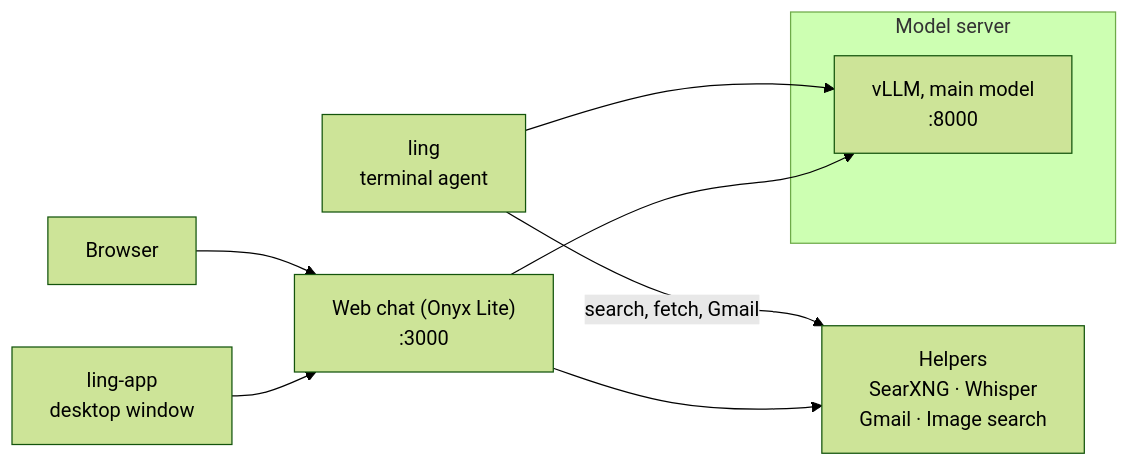
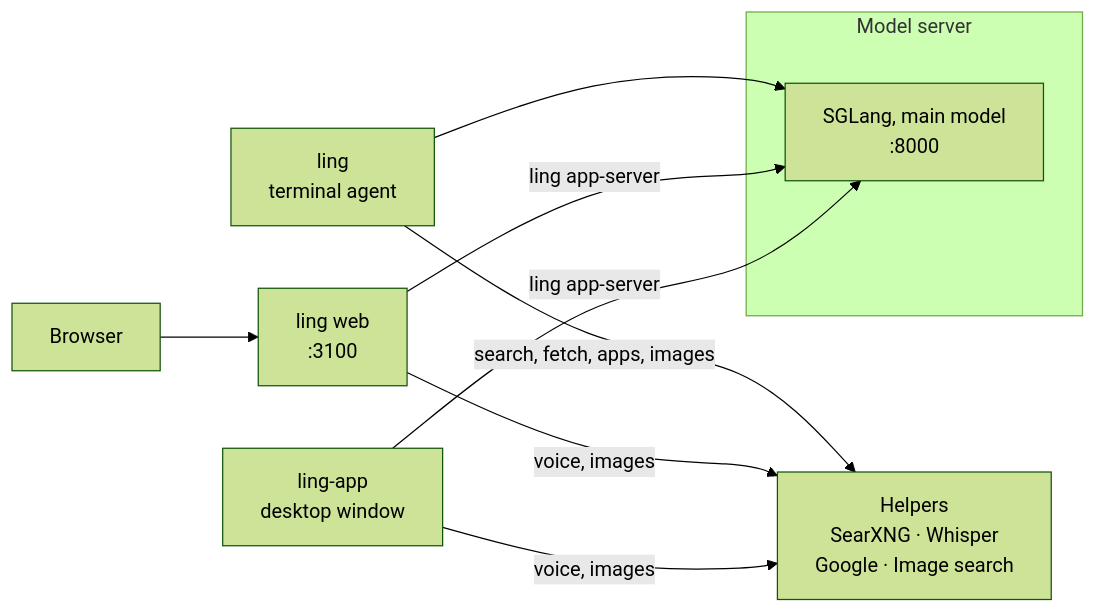
One commit to dreamference/mightling changed the first of 2 diagrams in docs/architecture.md. Above: the diagram before and after it, drawn with Mermaid (forest theme). The commit also changed other lines of this file and 27 other files, not shown here.

First line of the commit message:
Docs and specs: Onyx retired, image search and voice in ling web and the app

````diff
--- a/docs/architecture.md
+++ b/docs/architecture.md
@@ -9,17 +9,18 @@
 ```mermaid
 flowchart LR
     T["ling<br/>terminal agent"]
     B["Browser"]
     D["ling-app<br/>desktop window"]
-    O["Web chat (Onyx Lite)<br/>:3000"]
-    H["Helpers<br/>SearXNG · Whisper<br/>Gmail · Image search"]
+    W["ling web<br/>:3100"]
+    H["Helpers<br/>SearXNG · Whisper<br/>Google · Image search"]
     subgraph models["Model server"]
-        V["vLLM, main model<br/>:8000"]
+        V["SGLang, main model<br/>:8000"]
     end
     T --> V
-    T -- "search, fetch, Gmail" --> H
-    B --> O
-    D --> O
-    O --> V
-    O --> H
+    T -- "search, fetch, apps, images" --> H
+    B --> W
+    W -- "ling app-server" --> V
+    W -- "voice, images" --> H
+    D -- "ling app-server" --> V
+    D -- "voice, images" --> H
 ```
````
